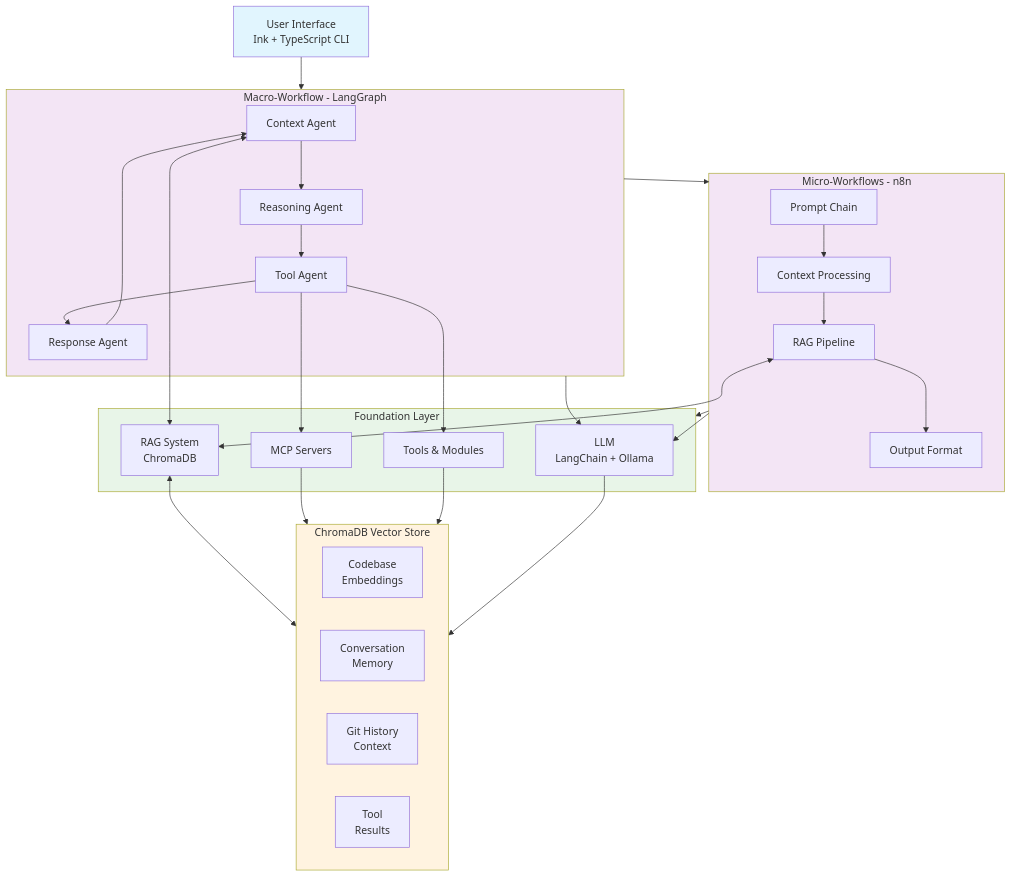
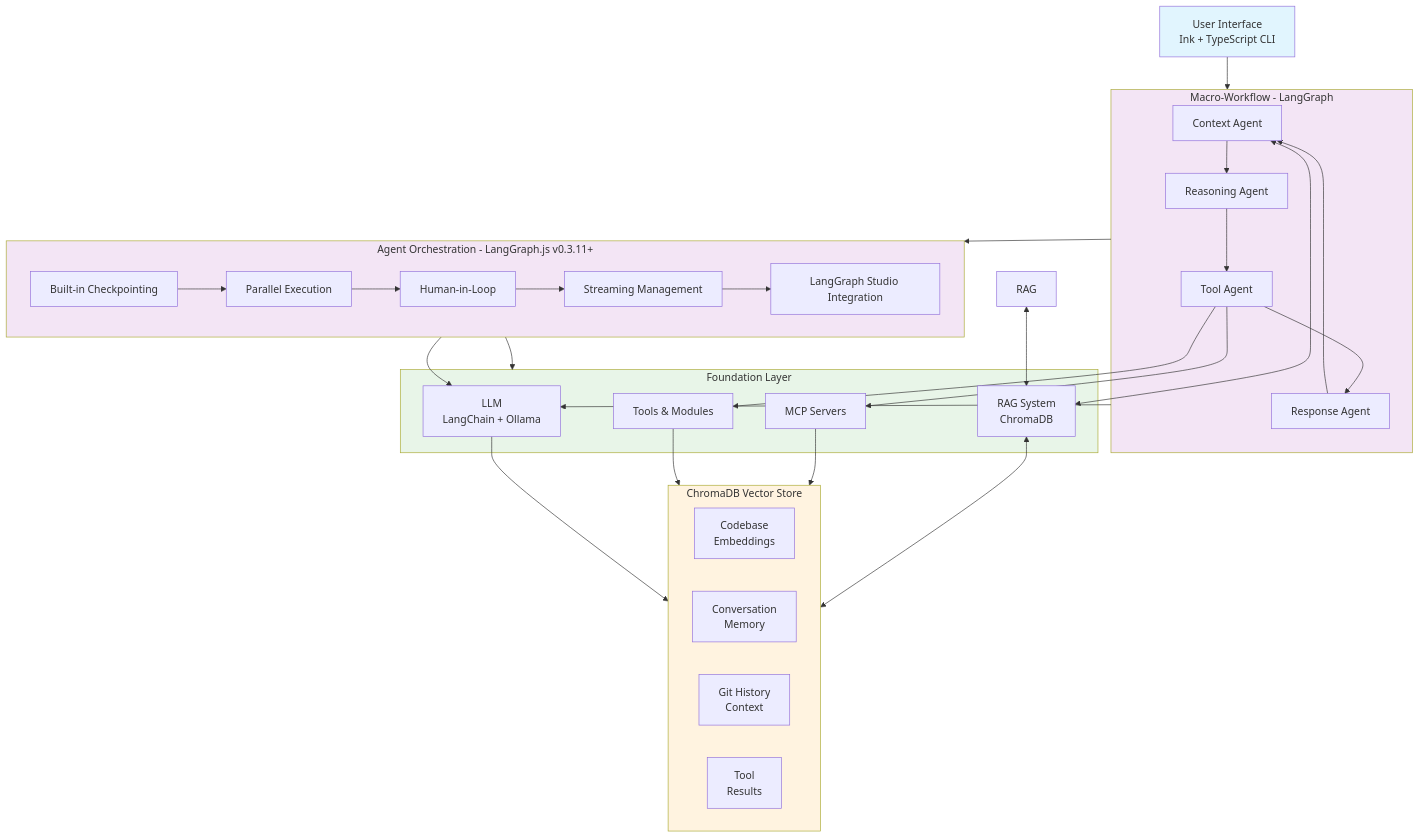
The diagram in docs/architecture/design.md (zhifengzhang-sz/qi-v2-agent), drawn with Mermaid before and after one commit. The commit also changed other lines of this file and 6 other files, not shown here.

````diff
--- a/docs/architecture/design.md
+++ b/docs/architecture/design.md
@@ -79,80 +73,82 @@
 ```mermaid
 graph TB
     %% User Interface Layer
     UI[User Interface<br/>Ink + TypeScript CLI]
     
     %% Macro-Workflow Layer
     subgraph MW[Macro-Workflow - LangGraph]
         CA[Context Agent]
         RA[Reasoning Agent]
         TA[Tool Agent]
         RespA[Response Agent]
         
         CA --> RA
         RA --> TA
         TA --> RespA
         RespA --> CA
     end
     
-    %% Micro-Workflow Layer
-    subgraph MiW[Micro-Workflows - n8n]
-        PC[Prompt Chain]
-        CP[Context Processing]
-        RAG[RAG Pipeline]
-        OF[Output Format]
+    %% Agent Orchestration Layer
+    subgraph AOL[Agent Orchestration - LangGraph.js v0.3.11+]
+        BC[Built-in Checkpointing]
+        PE[Parallel Execution]
+        HIL[Human-in-Loop]
+        SM[Streaming Management]
+        LSI[LangGraph Studio Integration]
         
-        PC --> CP
-        CP --> RAG
-        RAG --> OF
+        BC --> PE
+        PE --> HIL
+        HIL --> SM
+        SM --> LSI
     end
     
     %% Foundation Layer
     subgraph FL[Foundation Layer]
         LLM[LLM<br/>LangChain + Ollama]
         RS[RAG System<br/>ChromaDB]
         MCP[MCP Servers]
         TM[Tools & Modules]
     end
     
     %% Knowledge Management
     subgraph KB[ChromaDB Vector Store]
         CE[Codebase<br/>Embeddings]
         CM[Conversation<br/>Memory]
         GH[Git History<br/>Context]
         TR[Tool<br/>Results]
     end
     
     %% Connections
     UI --> MW
-    MW --> MiW
-    MiW --> FL
+    MW --> AOL
+    AOL --> FL
     
     %% RAG Connections
     RS <--> KB
     CA <--> RS
     RAG <--> RS
     
     %% LLM Connections
-    MiW --> LLM
+    AOL --> LLM
     MW --> LLM
     
     %% Tool Connections
     TA --> MCP
     TA --> TM
     
     %% Data Flow
     MCP --> KB
     TM --> KB
     LLM --> KB
     
     %% Styling
     classDef uiLayer fill:#e1f5fe
     classDef workflowLayer fill:#f3e5f5
     classDef foundationLayer fill:#e8f5e8
     classDef knowledgeLayer fill:#fff3e0
     
     class UI uiLayer
-    class MW,MiW workflowLayer
+    class MW,AOL workflowLayer
     class FL foundationLayer
     class KB knowledgeLayer
 ```
````
